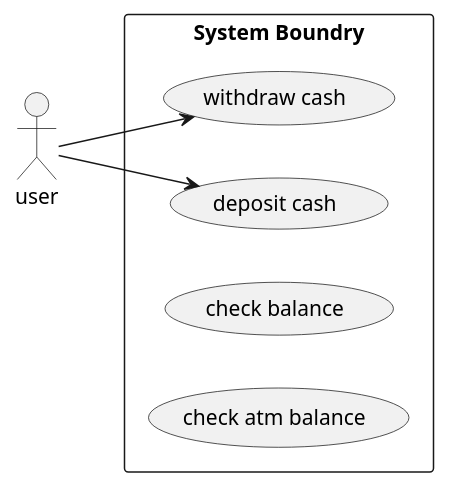
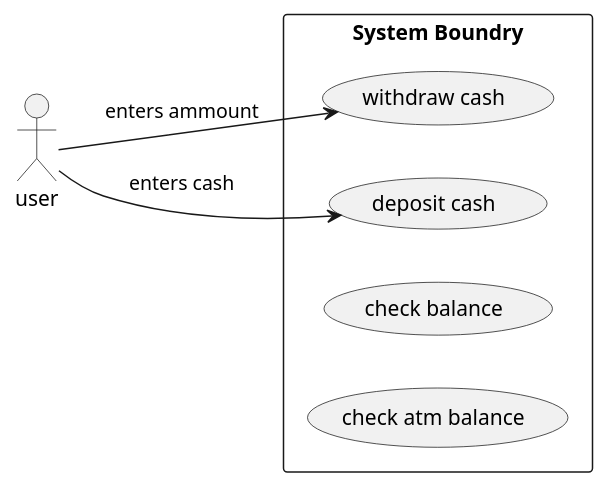
The diagram in test_use_case.puml (leath-dub/puml), drawn with PlantUML before and after one commit.

Commit message:
making test puml fit my "use cases"

```diff
--- a/test_use_case.puml
+++ b/test_use_case.puml
@@ -1,13 +1,13 @@
 @startuml
 
 left to right direction
 rectangle "System Boundry" {
     usecase "withdraw cash" as UC1
     usecase "deposit cash" as UC2
     usecase "check balance" as UC3
     usecase "check atm balance" as UC4
 }
-:user: --> UC1
-:user: --> UC2
+:user: --> UC1 : enters ammount
+:user: --> UC2 : enters cash
 
 @enduml
```
